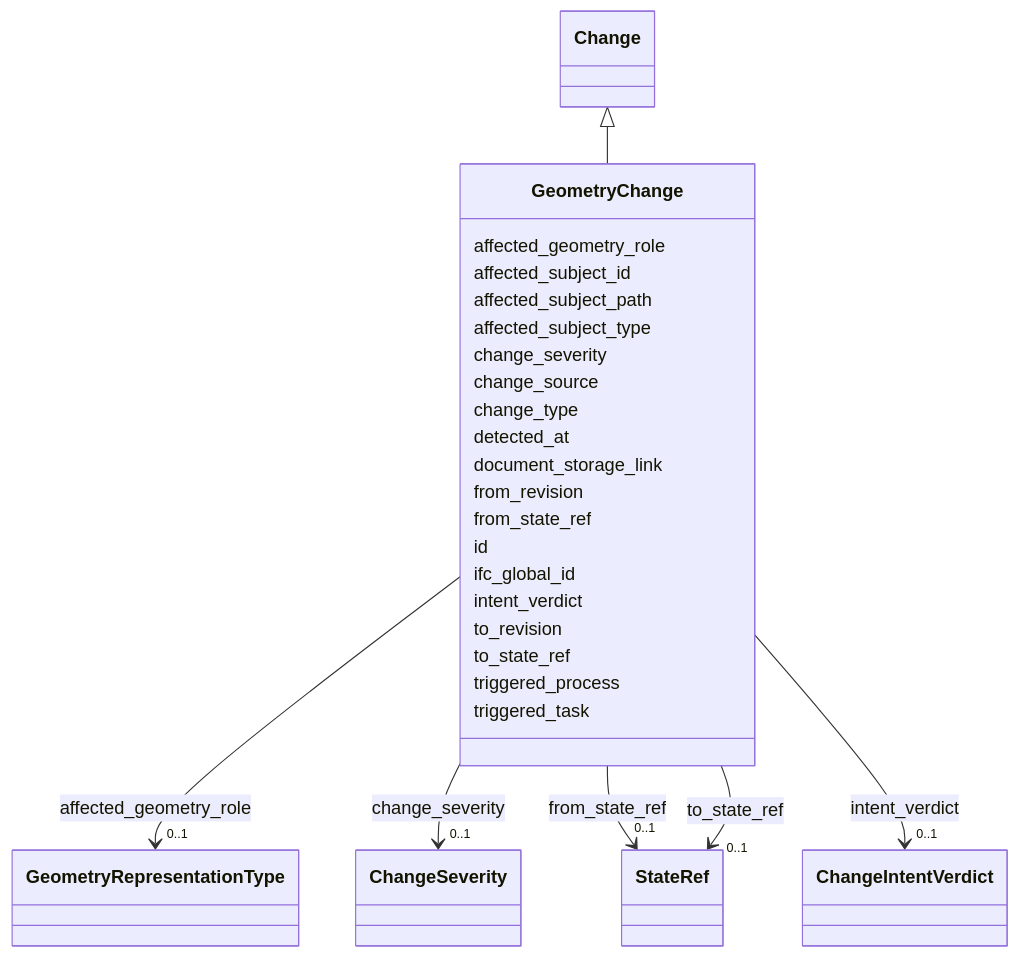
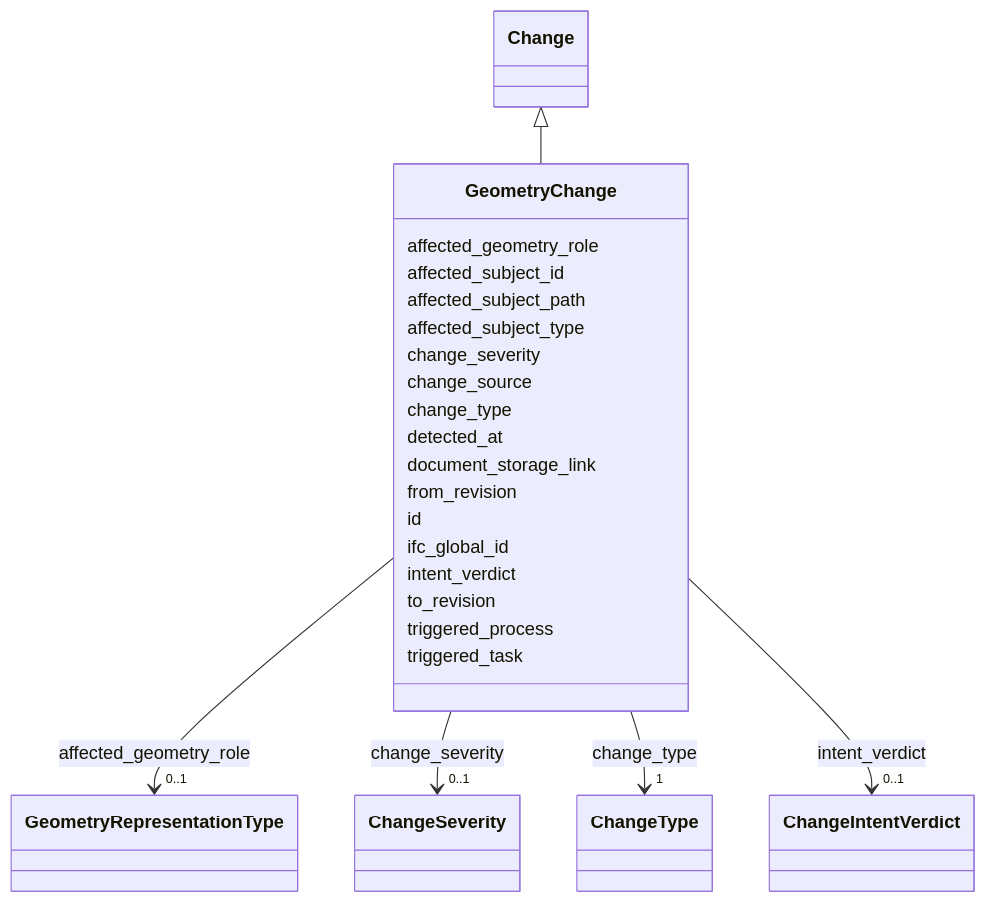
The diagram in site/schema/.md-src/GeometryChange.md (simondilhas/pragmatic-bim-schema), drawn with Mermaid before and after one commit. The commit also changed other lines of this file and 443 other files, not shown here.

````diff
--- a/site/schema/.md-src/GeometryChange.md
+++ b/site/schema/.md-src/GeometryChange.md
@@ -23,35 +23,31 @@
 ```mermaid
  classDiagram
     class GeometryChange
     click GeometryChange href "./GeometryChange.html"
       Change <|-- GeometryChange
         click Change href "./Change.html"
       GeometryChange : affected_geometry_role
         GeometryChange --> "0..1" GeometryRepresentationType : affected_geometry_role
         click GeometryRepresentationType href "./GeometryRepresentationType.html"
       GeometryChange : affected_subject_id
       GeometryChange : affected_subject_path
       GeometryChange : affected_subject_type
       GeometryChange : change_severity
         GeometryChange --> "0..1" ChangeSeverity : change_severity
         click ChangeSeverity href "./ChangeSeverity.html"
       GeometryChange : change_source
       GeometryChange : change_type
+        GeometryChange --> "1" ChangeType : change_type
+        click ChangeType href "./ChangeType.html"
       GeometryChange : detected_at
       GeometryChange : document_storage_link
       GeometryChange : from_revision
-      GeometryChange : from_state_ref
-        GeometryChange --> "0..1" StateRef : from_state_ref
-        click StateRef href "./StateRef.html"
       GeometryChange : id
       GeometryChange : ifc_global_id
       GeometryChange : intent_verdict
         GeometryChange --> "0..1" ChangeIntentVerdict : intent_verdict
         click ChangeIntentVerdict href "./ChangeIntentVerdict.html"
       GeometryChange : to_revision
-      GeometryChange : to_state_ref
-        GeometryChange --> "0..1" StateRef : to_state_ref
-        click StateRef href "./StateRef.html"
       GeometryChange : triggered_process
       GeometryChange : triggered_task
 ```
````
